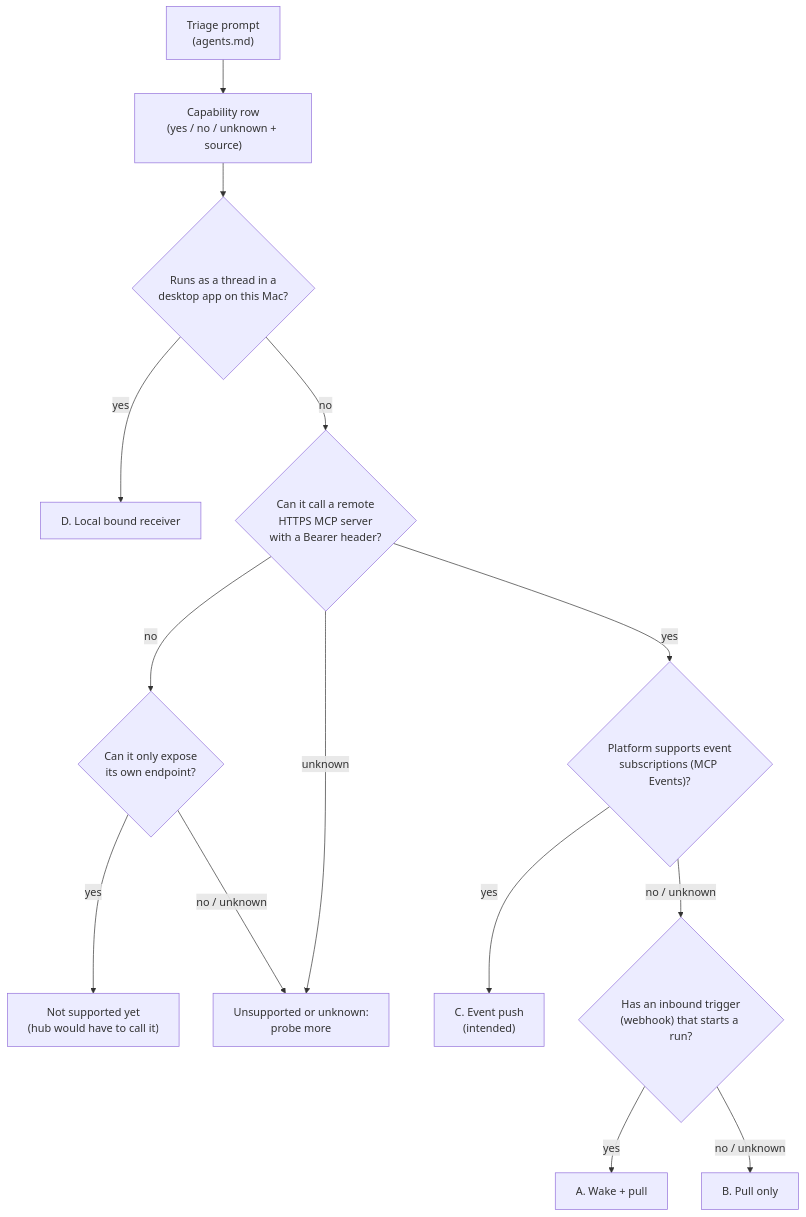
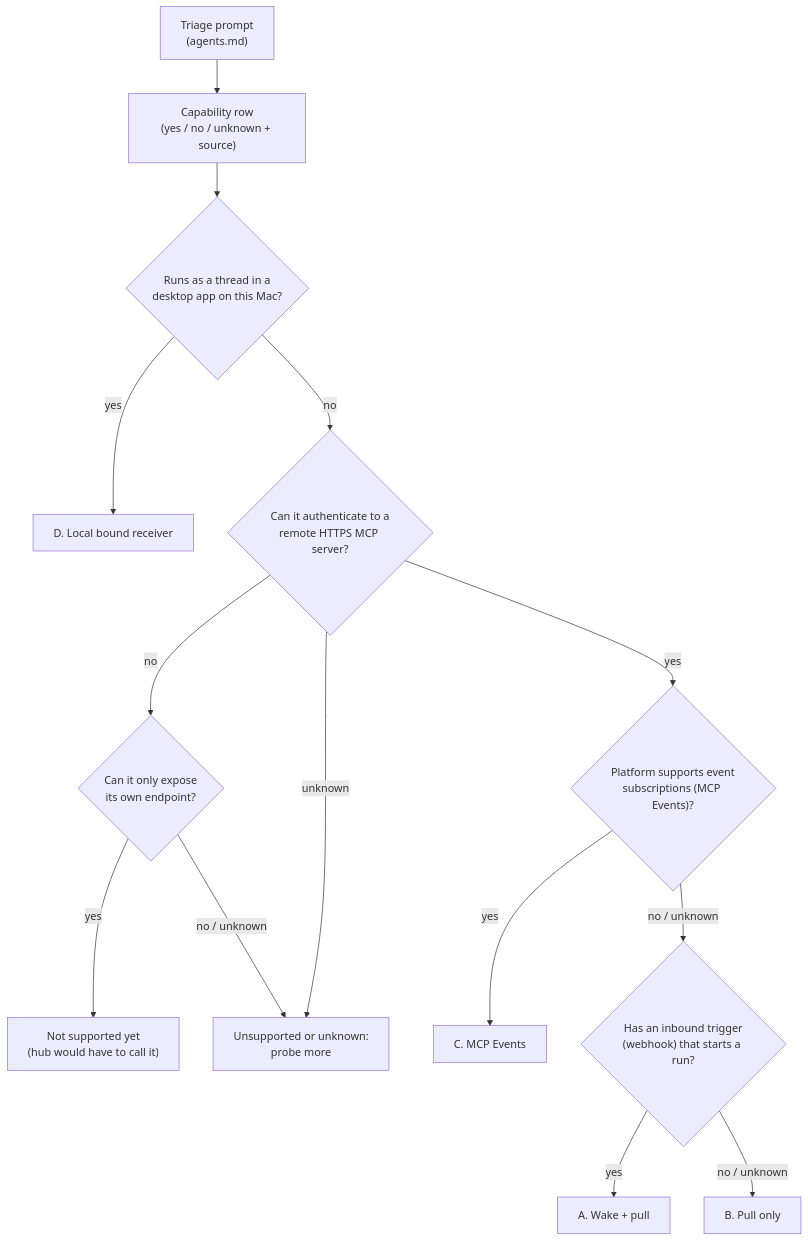
The third of 3 diagrams in docs/architecture.md (lazy9sascha/999k), drawn with Mermaid before and after one commit. The commit also changed other lines of this file and 5 other files, not shown here.

Commit message:
Explain P-999K's Orca workflow and architecture

````diff
--- a/docs/architecture.md
+++ b/docs/architecture.md
@@ -405,16 +316,16 @@
 ```mermaid
 flowchart TD
     P["Triage prompt<br/>(agents.md)"] --> R["Capability row<br/>(yes / no / unknown + source)"]
     R --> L{"Runs as a thread in a<br/>desktop app on this Mac?"}
     L -- yes --> D["D. Local bound receiver"]
-    L -- no --> M{"Can it call a remote<br/>HTTPS MCP server<br/>with a Bearer header?"}
+    L -- no --> M{"Can it authenticate to a<br/>remote HTTPS MCP server?"}
     M -- no --> X{"Can it only expose<br/>its own endpoint?"}
     X -- yes --> N["Not supported yet<br/>(hub would have to call it)"]
     X -- "no / unknown" --> U["Unsupported or unknown:<br/>probe more"]
     M -- unknown --> U
     M -- yes --> E{"Platform supports event<br/>subscriptions (MCP Events)?"}
-    E -- yes --> C["C. Event push<br/>(intended)"]
+    E -- yes --> C["C. MCP Events"]
     E -- "no / unknown" --> W{"Has an inbound trigger<br/>(webhook) that starts a run?"}
     W -- yes --> A["A. Wake + pull"]
     W -- "no / unknown" --> B["B. Pull only"]
 ```
````
